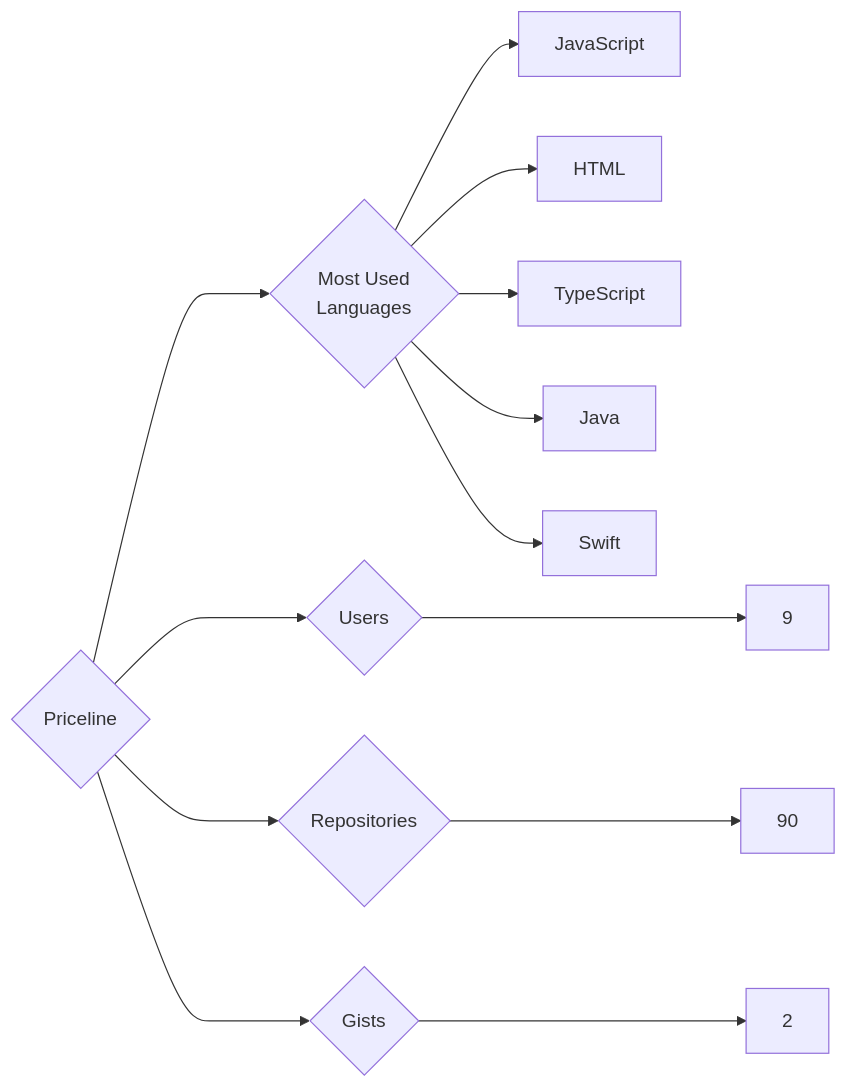
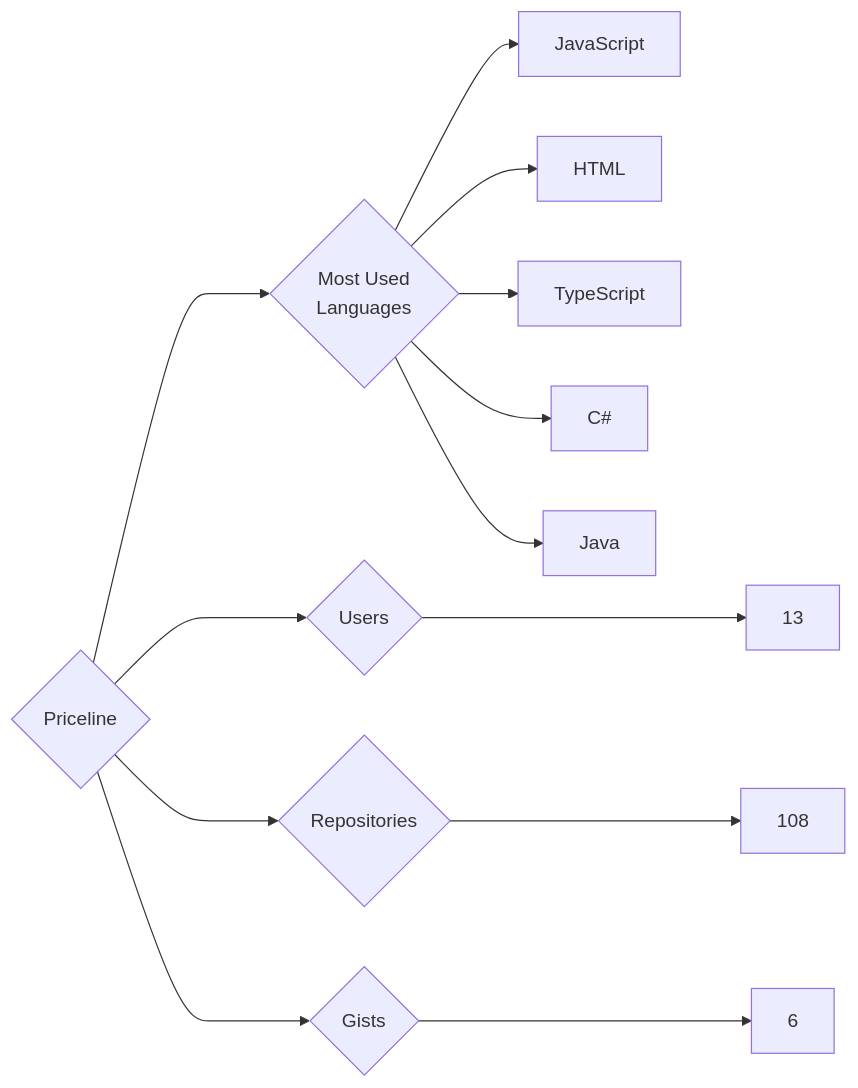
One commit to trickest/insiders changed the diagram in targets/Priceline/README.md. Above: the diagram before and after it, drawn with Mermaid. The commit also changed 1496 other files, not shown here.

````diff
--- a/targets/Priceline/README.md
+++ b/targets/Priceline/README.md
@@ -3,13 +3,13 @@
 ```mermaid
 graph LR
 COMPANY_NAME{Priceline}
-COMPANY_NAME ---> U{Users} ---> UN[9]
-COMPANY_NAME ---> R{Repositories} ---> RN[90]
-COMPANY_NAME ---> G{Gists} ---> GN[2]
+COMPANY_NAME ---> U{Users} ---> UN[13]
+COMPANY_NAME ---> R{Repositories} ---> RN[108]
+COMPANY_NAME ---> G{Gists} ---> GN[6]
 COMPANY_NAME ---> ML{Most Used<br>Languages}
 ML --> JavaScript[JavaScript]
 ML --> HTML[HTML]
 ML --> TypeScript[TypeScript]
+ML --> C#[C#]
 ML --> Java[Java]
-ML --> Swift[Swift]
 ```
````
